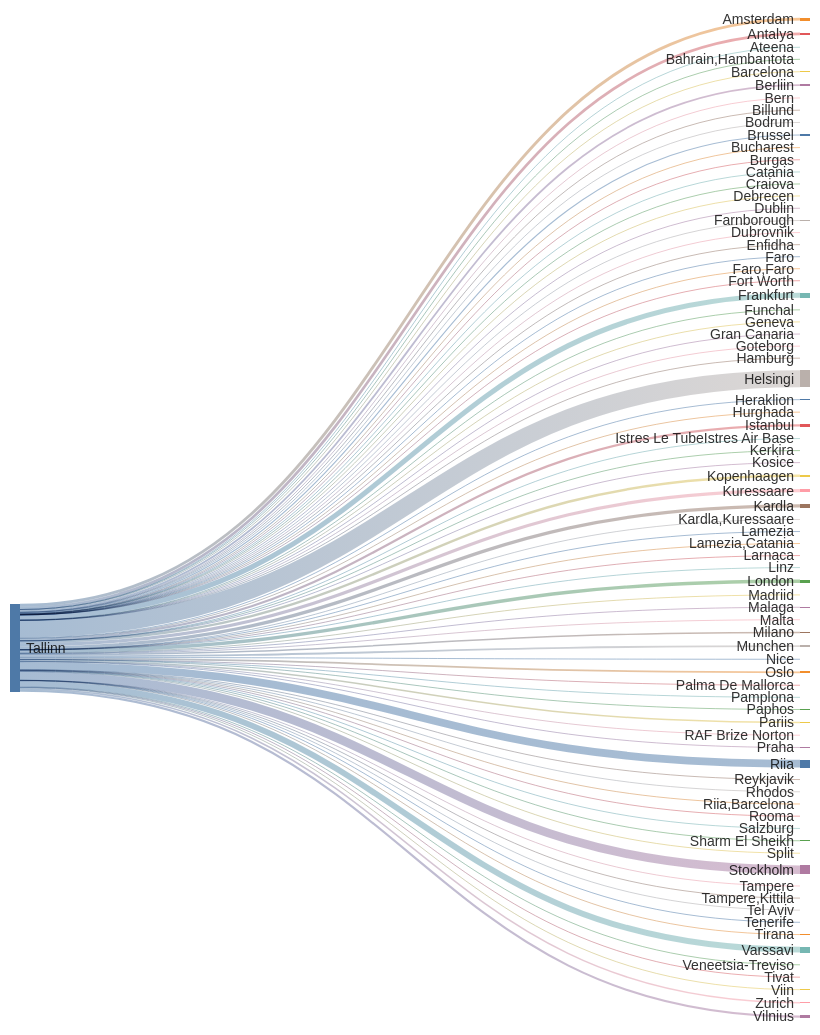
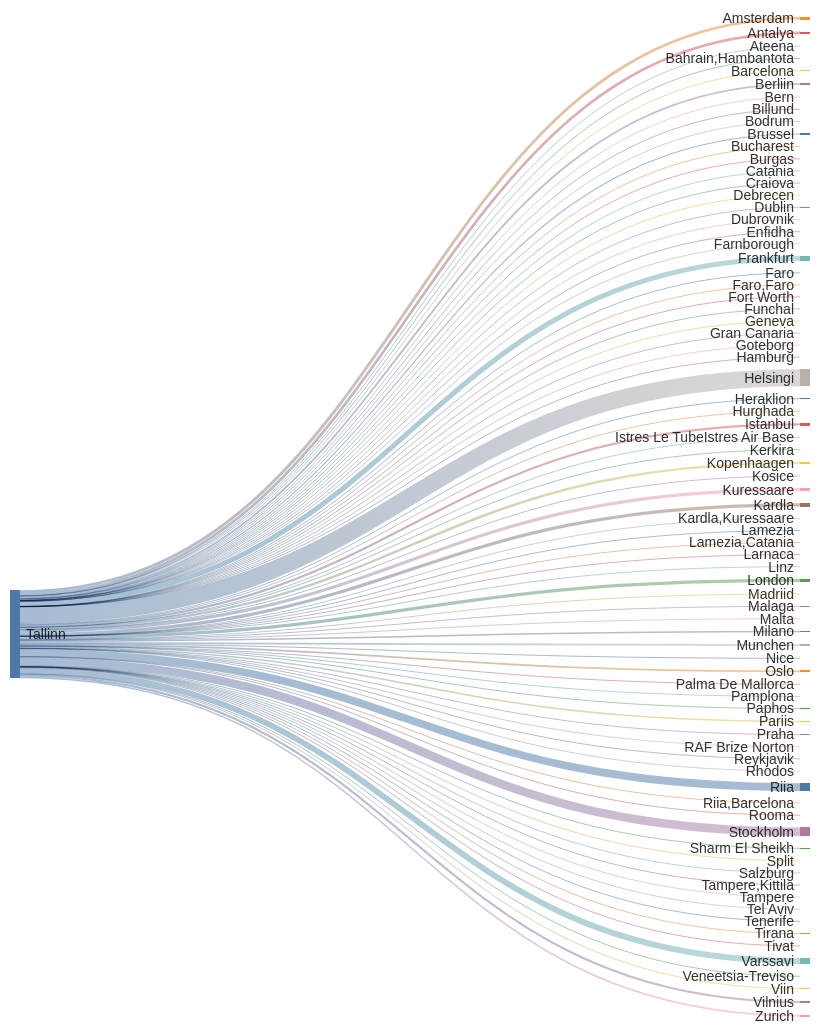
Before and after one commit to rainermesi/tll-airport-departures: the second of 2 diagrams in README.md, drawn with Mermaid. The commit also changed other lines of this file and 1 other file, not shown here.

```diff
--- a/README.md
+++ b/README.md
@@ -41,16 +41,16 @@
 ---
 sankey-beta
 %% source,target,value
-Tallinn,Amsterdam,557
-Tallinn,Antalya,513
+Tallinn,Amsterdam,559
+Tallinn,Antalya,518
 Tallinn,Ateena,16
 Tallinn,"Bahrain,Hambantota",1
 Tallinn,Barcelona,157
-Tallinn,Berliin,348
+Tallinn,Berliin,350
 Tallinn,Bern,1
 Tallinn,Billund,87
 Tallinn,Bodrum,13
-Tallinn,Brussel,214
+Tallinn,Brussel,215
 Tallinn,Bucharest,1
 Tallinn,Burgas,67
 Tallinn,Catania,2
@@ -58,65 +58,65 @@
 Tallinn,Debrecen,1
 Tallinn,Dublin,105
 Tallinn,Dubrovnik,21
-Tallinn,Enfidha,13
+Tallinn,Enfidha,14
 Tallinn,Farnborough,1
 Tallinn,Faro,4
 Tallinn,"Faro,Faro",1
 Tallinn,Fort Worth,1
-Tallinn,Frankfurt,982
+Tallinn,Frankfurt,985
 Tallinn,Funchal,7
 Tallinn,Geneva,13
 Tallinn,Gran Canaria,38
 Tallinn,Goteborg,2
 Tallinn,Hamburg,2
-Tallinn,Helsingi,3295
-Tallinn,Heraklion,124
+Tallinn,Helsingi,3305
+Tallinn,Heraklion,126
 Tallinn,Hurghada,76
-Tallinn,Istanbul,428
+Tallinn,Istanbul,429
 Tallinn,Istres Le TubeIstres Air Base,2
 Tallinn,Kerkira,4
-Tallinn,Kopenhaagen,461
+Tallinn,Kopenhaagen,464
 Tallinn,Kosice,1
-Tallinn,Kuressaare,624
-Tallinn,Kardla,626
+Tallinn,Kuressaare,626
+Tallinn,Kardla,628
 Tallinn,"Kardla,Kuressaare",1
 Tallinn,Lamezia,3
 Tallinn,"Lamezia,Catania",3
 Tallinn,Larnaca,6
 Tallinn,Linz,2
-Tallinn,London,637
+Tallinn,London,638
 Tallinn,Madriid,4
 Tallinn,Malaga,135
 Tallinn,Malta,34
-Tallinn,Milano,282
-Tallinn,Munchen,348
-Tallinn,Nice,62
-Tallinn,Oslo,331
+Tallinn,Milano,283
+Tallinn,Munchen,350
+Tallinn,Nice,63
+Tallinn,Oslo,332
 Tallinn,Palma De Mallorca,38
 Tallinn,Pamplona,1
 Tallinn,Paphos,66
-Tallinn,Pariis,294
+Tallinn,Pariis,295
 Tallinn,Praha,97
 Tallinn,RAF Brize Norton,1
 Tallinn,Reykjavik,20
 Tallinn,Rhodos,70
-Tallinn,Riia,1494
+Tallinn,Riia,1498
 Tallinn,"Riia,Barcelona",1
 Tallinn,Rooma,80
 Tallinn,Salzburg,14
 Tallinn,Sharm El Sheikh,113
 Tallinn,Split,63
-Tallinn,Stockholm,1646
+Tallinn,Stockholm,1651
 Tallinn,Tampere,17
 Tallinn,"Tampere,Kittila",21
 Tallinn,Tel Aviv,2
 Tallinn,Tenerife,58
 Tallinn,Tirana,42
 Tallinn,Tivat,78
-Tallinn,Varssavi,1141
+Tallinn,Varssavi,1144
 Tallinn,Veneetsia-Treviso,67
 Tallinn,Viin,106
-Tallinn,Vilnius,416
+Tallinn,Vilnius,418
 Tallinn,Zurich,296
 
 
```
